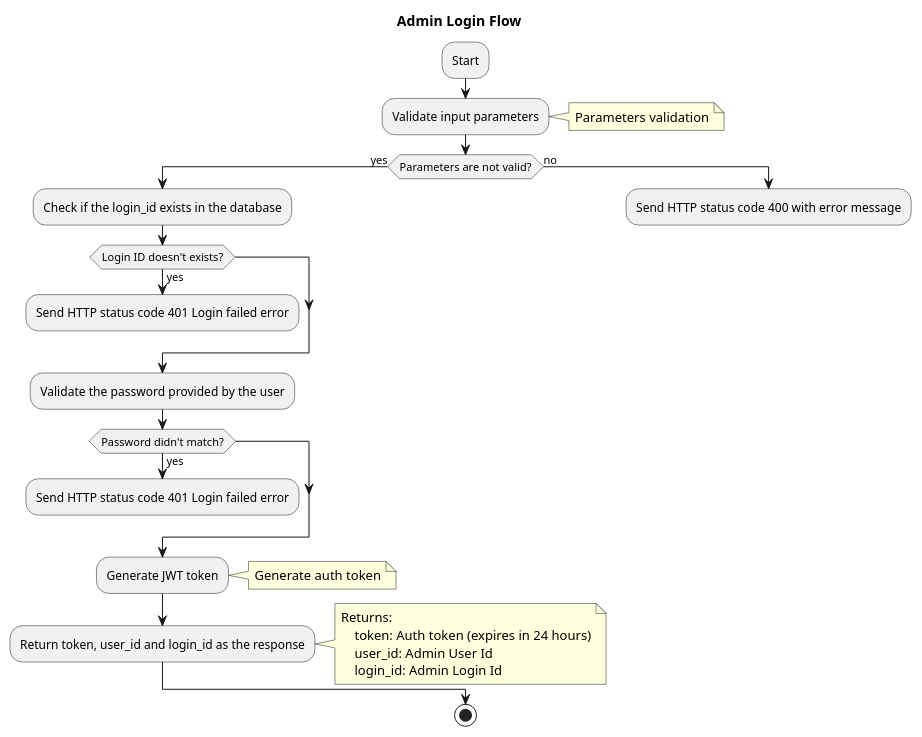
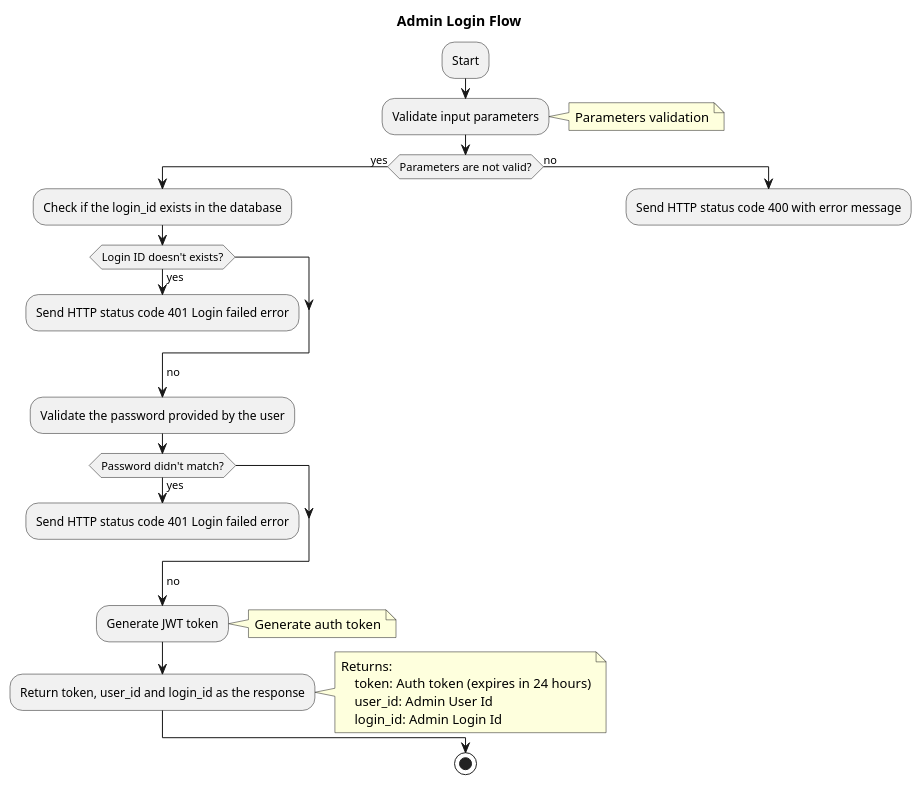
Before and after one commit to SonySemiconductorSolutions/aitrios-sample-tool-angle-adjustment: the diagram in docsrc/apidocs/api-workflow/api-admin/admin-login.puml, drawn with PlantUML. The commit also changed 264 other files, not shown here.

```diff
--- a/docsrc/apidocs/api-workflow/api-admin/admin-login.puml
+++ b/docsrc/apidocs/api-workflow/api-admin/admin-login.puml
@@ -1,36 +1,38 @@
 @startuml admin login flow
 title Admin Login Flow
 
 :Start;
 :Validate input parameters;
 note right
     Parameters validation
 end note
 if (Parameters are not valid?) then (yes)
     :Check if the login_id exists in the database;
     if (Login ID doesn't exists?) then (yes)
         :Send HTTP status code 401 Login failed error;
         kill
     endif
+    ->no;
     :Validate the password provided by the user;
     if (Password didn't match?) then (yes)
         :Send HTTP status code 401 Login failed error;
         kill
     endif
+    ->no;
     :Generate JWT token;
     note right
         Generate auth token
     end note
     :Return token, user_id and login_id as the response;
     note right
         Returns:
             token: Auth token (expires in 24 hours)
             user_id: Admin User Id
             login_id: Admin Login Id
     end note
 else (no)
     :Send HTTP status code 400 with error message;
     kill
 endif
 stop
 @enduml
```
